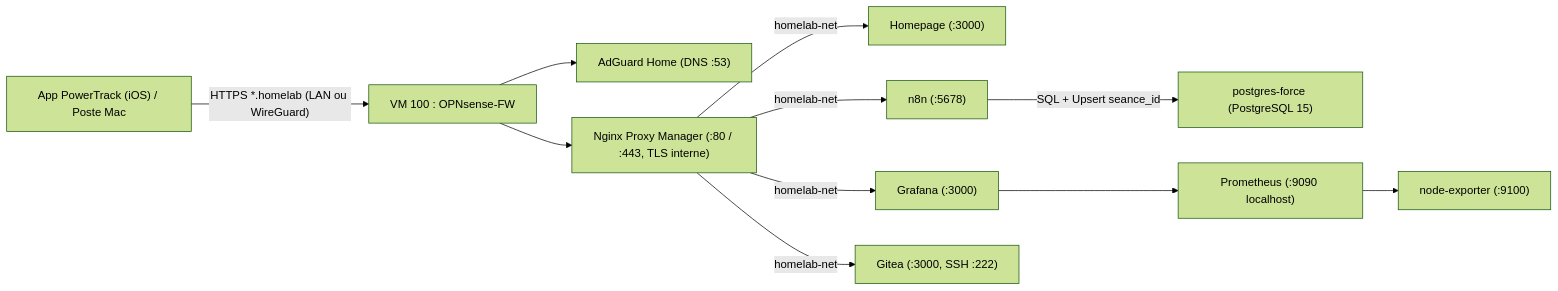
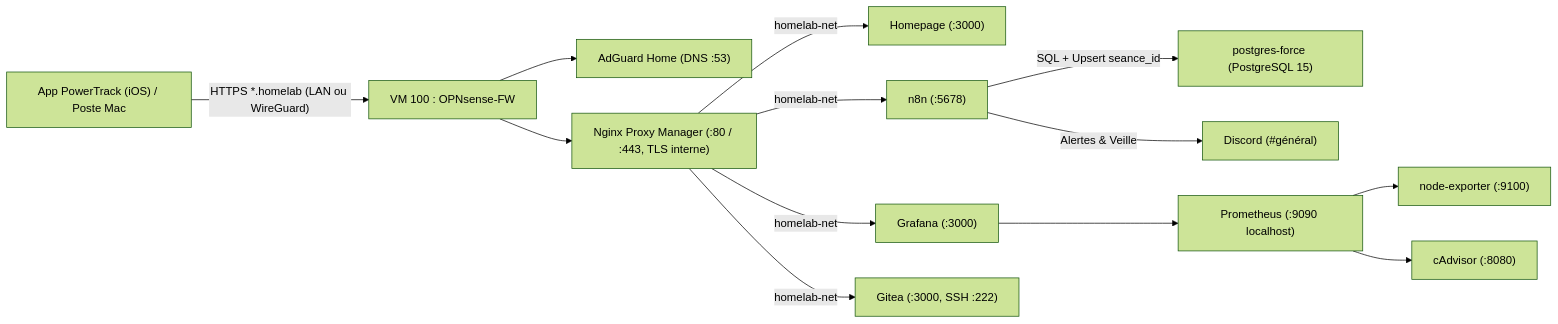
The diagram in README.md (Ethan-Ruders/homelab), drawn with Mermaid (forest theme) before and after one commit. The commit also changed other lines of this file and 19 other files, not shown here.

Commit message:
Add cAdvisor, Grafana dashboards, Discord alerts/digest, Homepage live widgets, and unattended-upgrades

````diff
--- a/README.md
+++ b/README.md
@@ -11,13 +11,15 @@
 ```mermaid
 flowchart LR
     Client["App PowerTrack (iOS) / Poste Mac"] -->|"HTTPS *.homelab (LAN ou WireGuard)"| OPN["VM 100 : OPNsense-FW"]
     OPN --> AdGuard["AdGuard Home (DNS :53)"]
     OPN --> NPM["Nginx Proxy Manager (:80 / :443, TLS interne)"]
     NPM -->|"homelab-net"| Homepage["Homepage (:3000)"]
     NPM -->|"homelab-net"| N8N["n8n (:5678)"]
     NPM -->|"homelab-net"| Grafana["Grafana (:3000)"]
     NPM -->|"homelab-net"| Gitea["Gitea (:3000, SSH :222)"]
     N8N -->|"SQL + Upsert seance_id"| PG["postgres-force (PostgreSQL 15)"]
+    N8N -->|"Alertes & Veille"| Discord["Discord (#général)"]
     Prom["Prometheus (:9090 localhost)"] --> NodeExp["node-exporter (:9100)"]
+    Prom --> cAdvisor["cAdvisor (:8080)"]
     Grafana --> Prom
 ```
````
